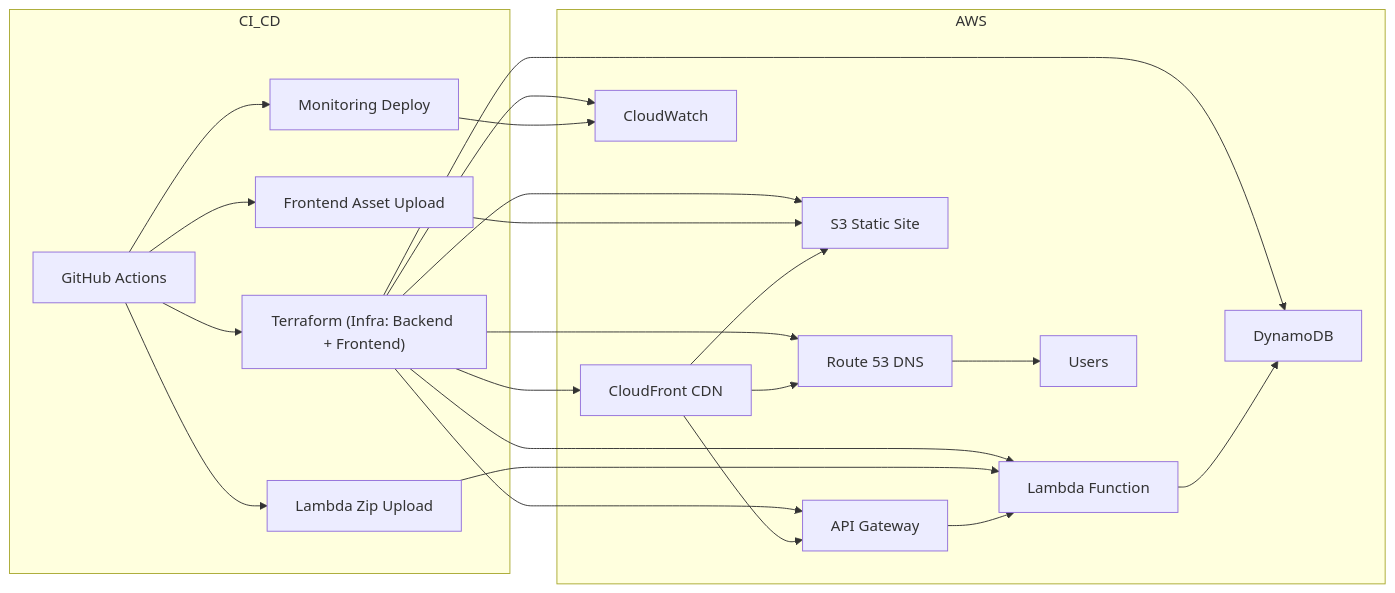
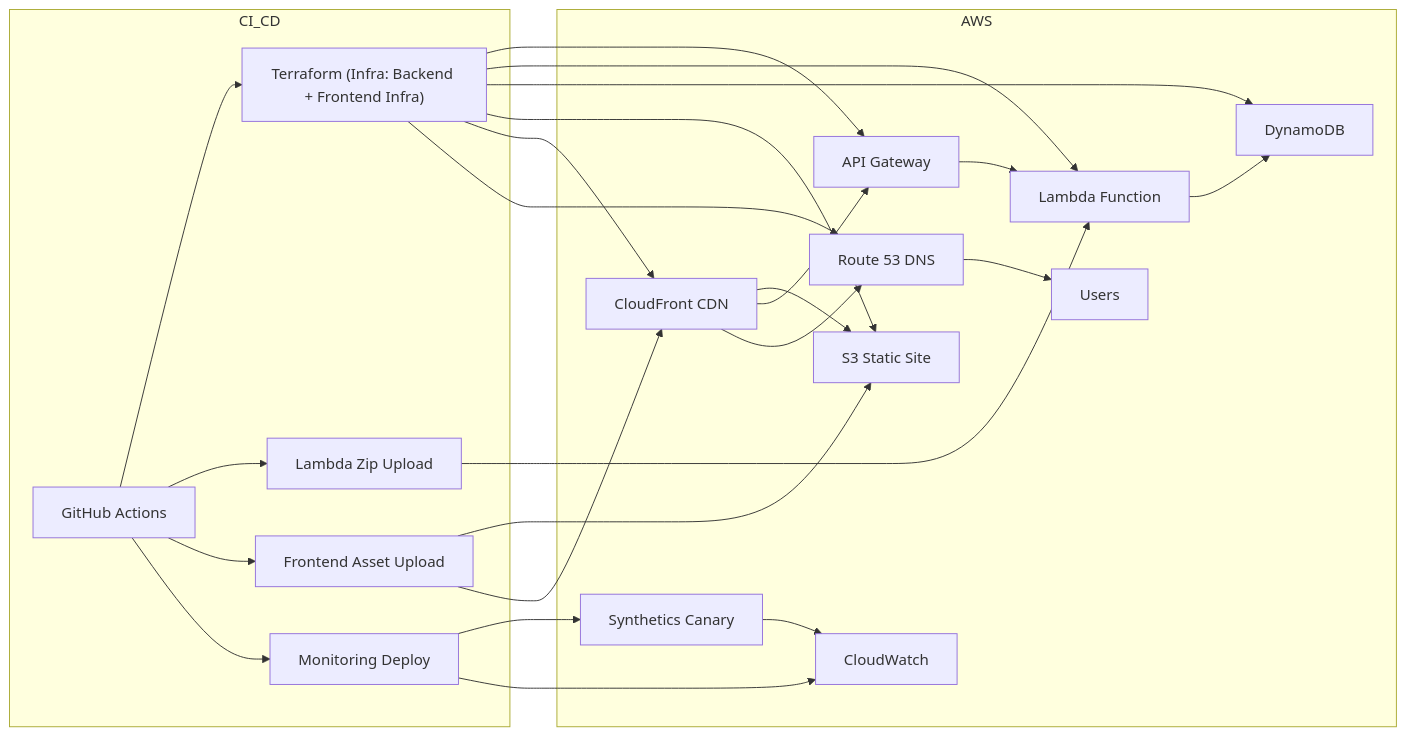
Before and after one commit to hybridmulticloud/overview: the sixth of 6 diagrams in README_9.md, drawn with Mermaid.

````diff
--- a/README_9.md
+++ b/README_9.md
@@ -142,32 +142,34 @@
 ```mermaid
 flowchart LR
   GH[GitHub Actions]
 
   subgraph CI_CD
-    GH --> TF["Terraform (Infra: Backend + Frontend)"]
+    GH --> TF["Terraform (Infra: Backend + Frontend Infra)"]
     GH --> LD["Lambda Zip Upload"]
     GH --> FD["Frontend Asset Upload"]
     GH --> MD["Monitoring Deploy"]
   end
 
   subgraph AWS
     TF --> APIGW["API Gateway"]
     TF --> Lambda["Lambda Function"]
     TF --> DynamoDB["DynamoDB"]
     TF --> S3["S3 Static Site"]
     TF --> CF["CloudFront CDN"]
     TF --> Route53["Route 53 DNS"]
-    TF --> CW["CloudWatch"]
 
     LD --> Lambda
     FD --> S3
-    MD --> CW
+    FD --> CF
+    MD --> Canary["Synthetics Canary"]
+    MD --> CW["CloudWatch"]
+    Canary --> CW
 
     CF --> S3
     CF --> APIGW
     CF --> Route53
     Route53 --> User["Users"]
     APIGW --> Lambda
     Lambda --> DynamoDB
   end
 ```
````
